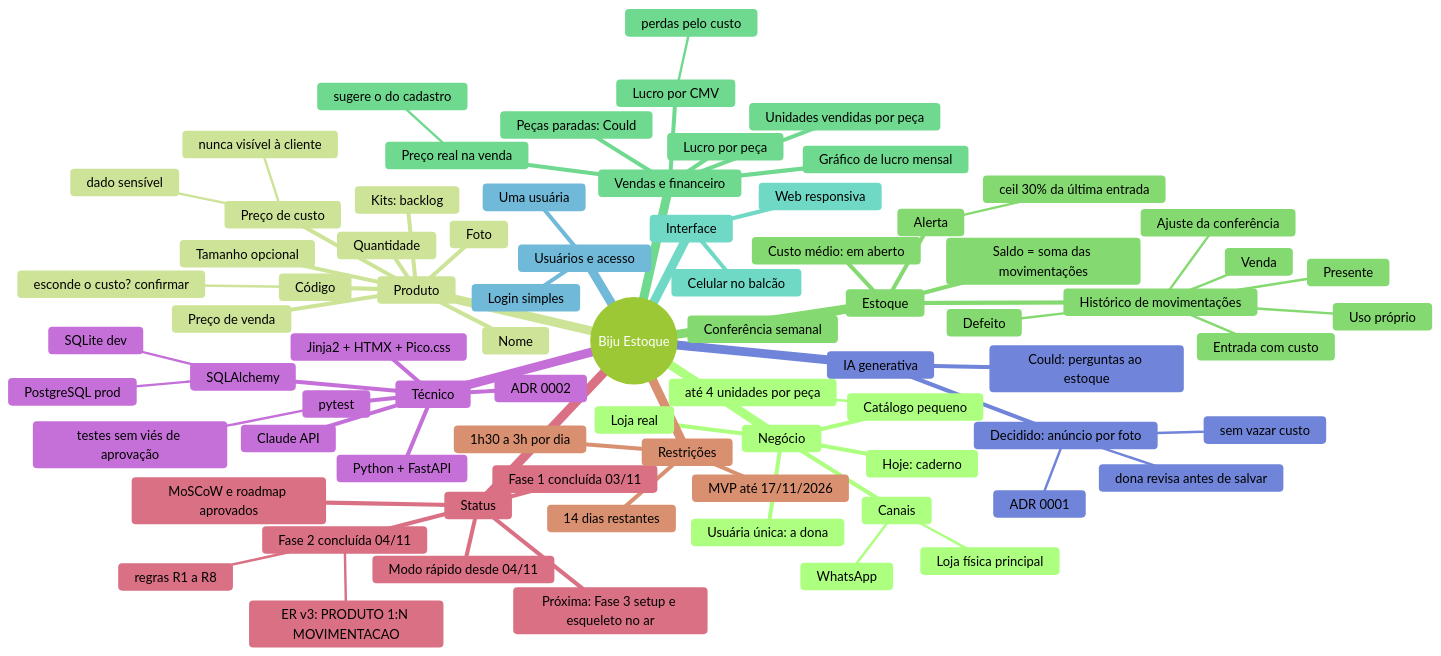
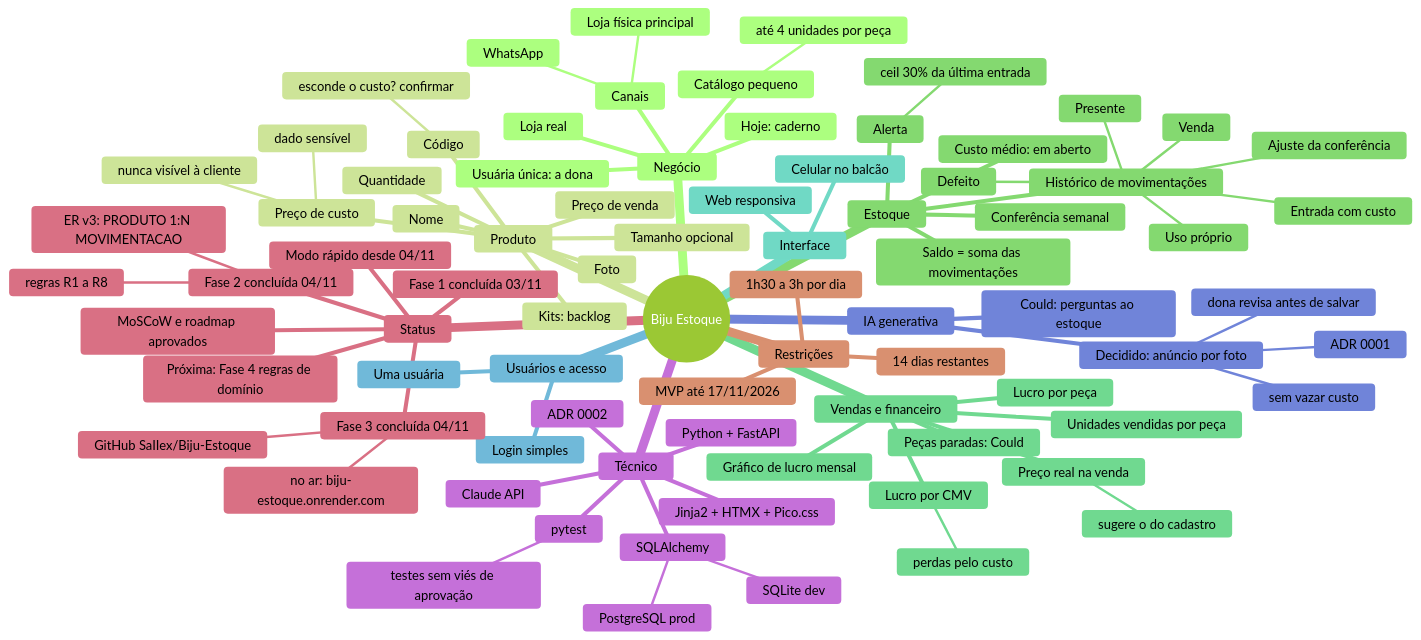
One commit to SaIIex/Biju-Estoque changed the diagram in docs/mapas/00-visao-geral.md. Above: the diagram before and after it, drawn with Mermaid (forest theme). The commit also changed 1 other file, not shown here.

Commit message:
docs: conclui fase 3 com esqueleto publicado no Render

```diff
--- a/docs/mapas/00-visao-geral.md
+++ b/docs/mapas/00-visao-geral.md
@@ -75,7 +75,10 @@
         ER v3: PRODUTO 1:N MOVIMENTACAO
         regras R1 a R8
       Modo rápido desde 04/11
-      Próxima: Fase 3 setup e esqueleto no ar
+      Fase 3 concluída 04/11
+        GitHub SaIIex/Biju-Estoque
+        no ar: biju-estoque.onrender.com
+      Próxima: Fase 4 regras de domínio
     Restrições
       MVP até 17/11/2026
       14 dias restantes
```
